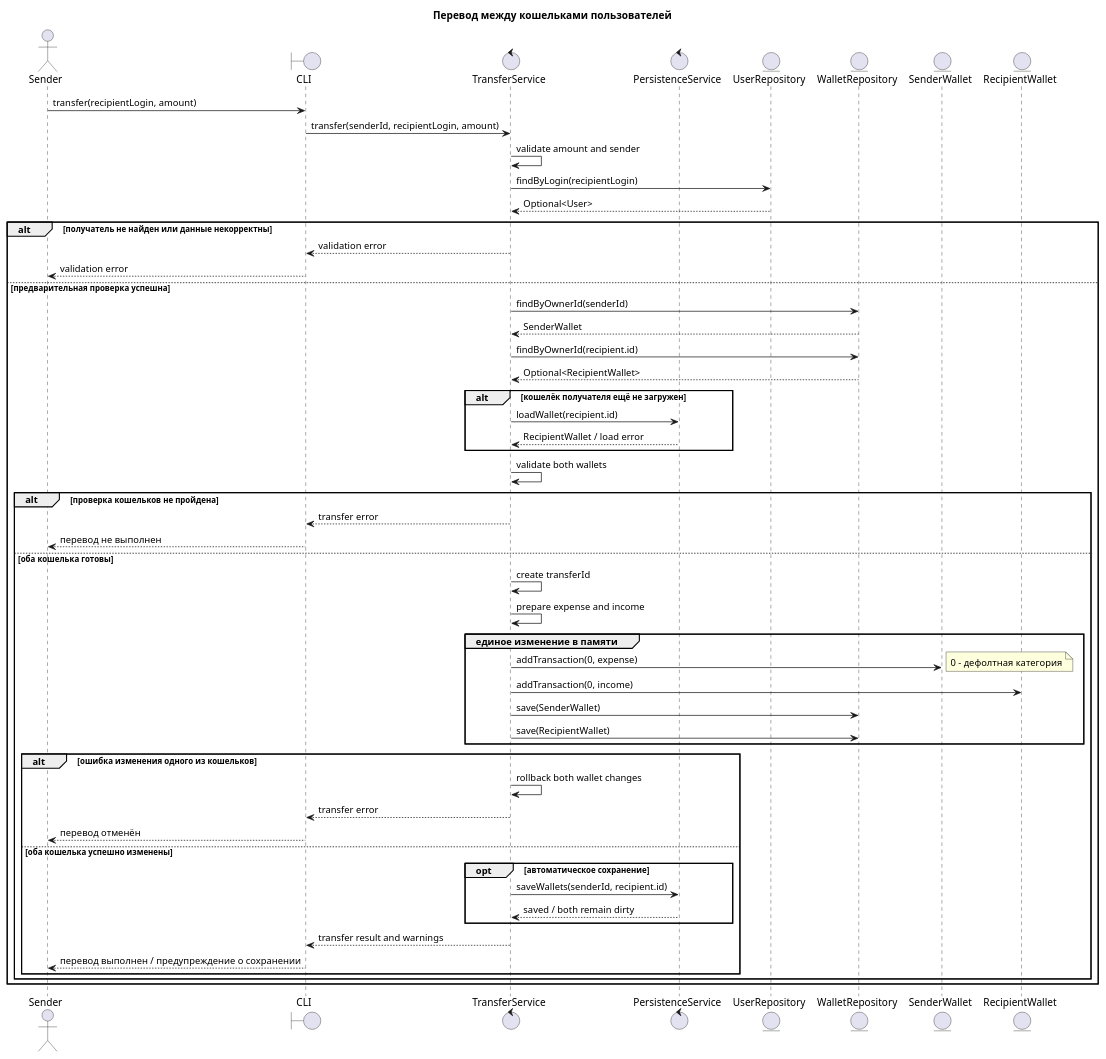
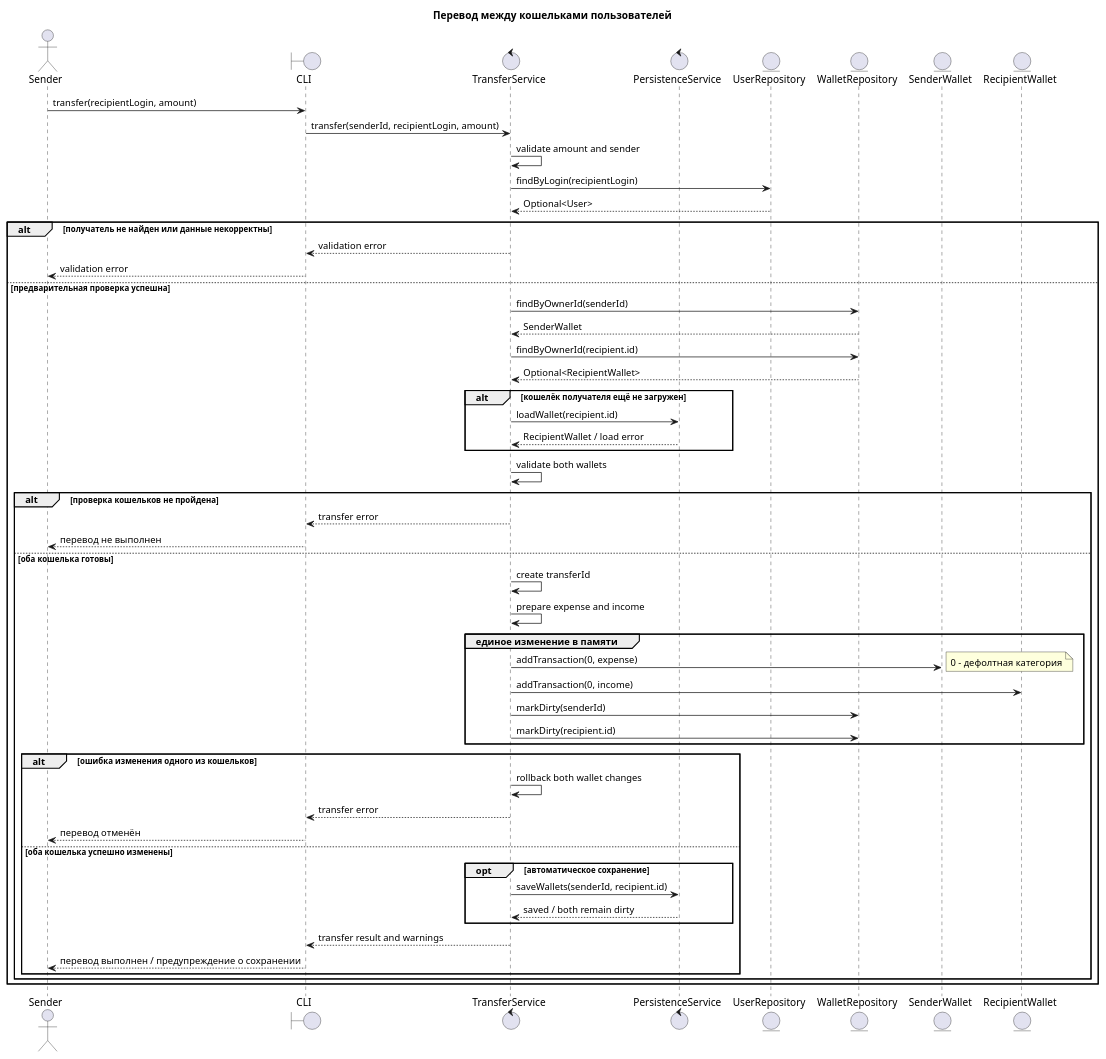
One commit to kargamant/bank_service changed the diagram in docs/uml/transfer-sequence.puml. Above: the diagram before and after it, drawn with PlantUML. The commit also changed 4 other files, not shown here.

```diff
--- a/docs/uml/transfer-sequence.puml
+++ b/docs/uml/transfer-sequence.puml
@@ -1,66 +1,66 @@
 @startuml
 title Перевод между кошельками пользователей
 
 actor Sender
 boundary CLI
 control TransferService
 control PersistenceService
 entity UserRepository
 entity WalletRepository
 entity SenderWallet
 entity RecipientWallet
 
 Sender -> CLI: transfer(recipientLogin, amount)
 CLI -> TransferService: transfer(senderId, recipientLogin, amount)
 TransferService -> TransferService: validate amount and sender
 TransferService -> UserRepository: findByLogin(recipientLogin)
 UserRepository --> TransferService: Optional<User>
 
 alt получатель не найден или данные некорректны
   TransferService --> CLI: validation error
   CLI --> Sender: validation error
 else предварительная проверка успешна
   TransferService -> WalletRepository: findByOwnerId(senderId)
   WalletRepository --> TransferService: SenderWallet
   TransferService -> WalletRepository: findByOwnerId(recipient.id)
   WalletRepository --> TransferService: Optional<RecipientWallet>
 
   alt кошелёк получателя ещё не загружен
     TransferService -> PersistenceService: loadWallet(recipient.id)
     PersistenceService --> TransferService: RecipientWallet / load error
   end
 
   TransferService -> TransferService: validate both wallets
 
   alt проверка кошельков не пройдена
     TransferService --> CLI: transfer error
     CLI --> Sender: перевод не выполнен
   else оба кошелька готовы
     TransferService -> TransferService: create transferId
     TransferService -> TransferService: prepare expense and income
 
     group единое изменение в памяти
       TransferService -> SenderWallet: addTransaction(0, expense)
       note right: 0 - дефолтная категория
       TransferService -> RecipientWallet: addTransaction(0, income)
-      TransferService -> WalletRepository: save(SenderWallet)
-      TransferService -> WalletRepository: save(RecipientWallet)
+      TransferService -> WalletRepository: markDirty(senderId)
+      TransferService -> WalletRepository: markDirty(recipient.id)
     end
 
     alt ошибка изменения одного из кошельков
       TransferService -> TransferService: rollback both wallet changes
       TransferService --> CLI: transfer error
       CLI --> Sender: перевод отменён
     else оба кошелька успешно изменены
       opt автоматическое сохранение
         TransferService -> PersistenceService: saveWallets(senderId, recipient.id)
         PersistenceService --> TransferService: saved / both remain dirty
       end
 
       TransferService --> CLI: transfer result and warnings
       CLI --> Sender: перевод выполнен / предупреждение о сохранении
     end
   end
 end
 
 @enduml
```
